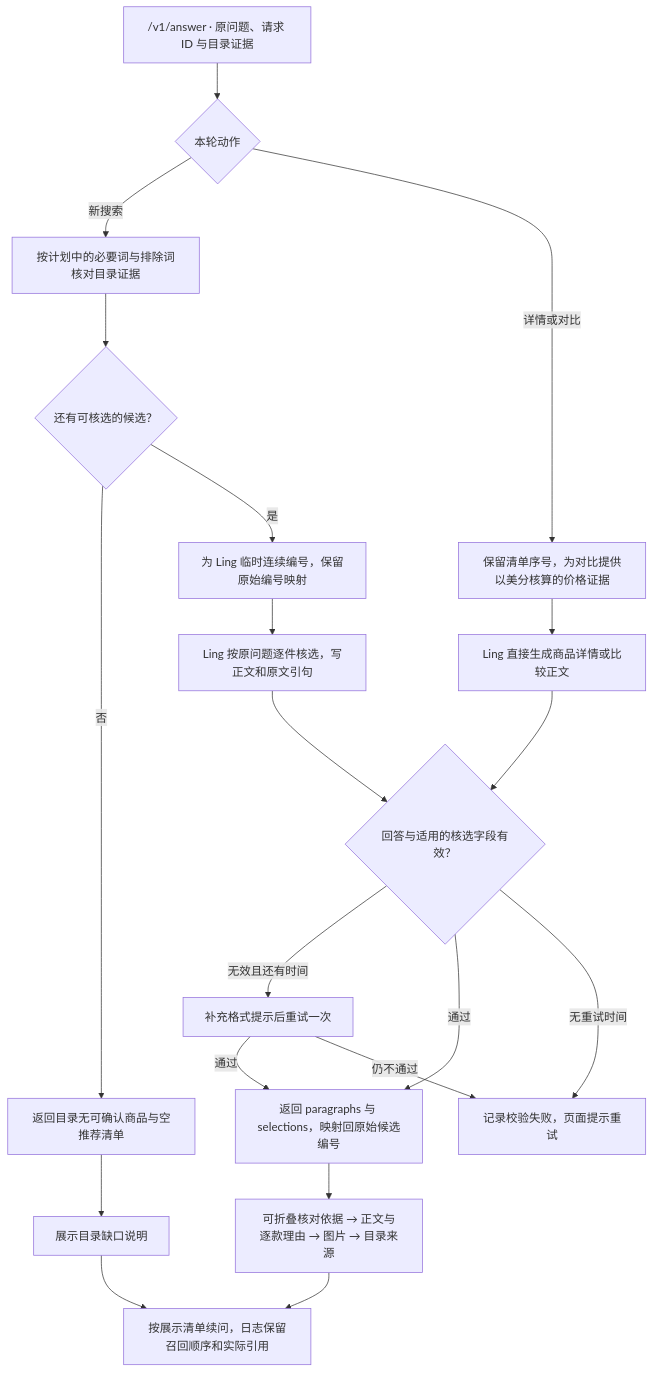
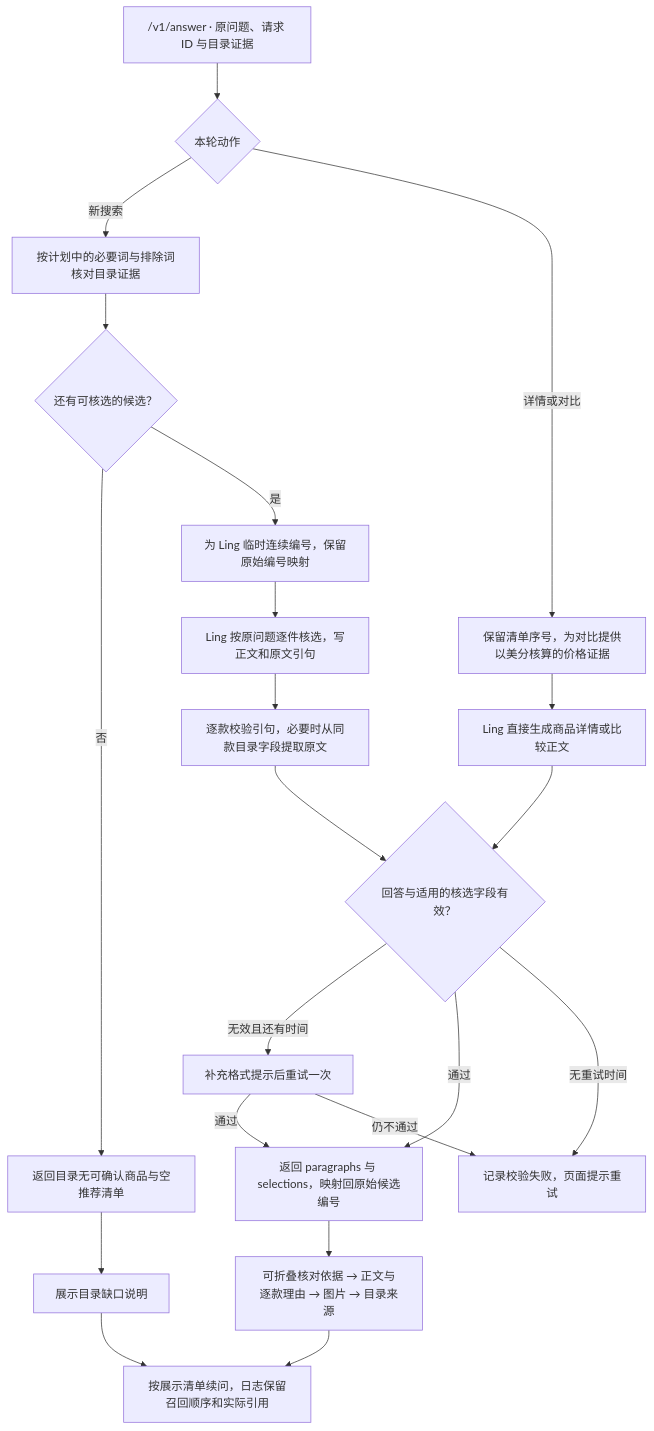
One commit to AaronYue77/webshop-ling-rag changed the third of 4 diagrams in docs/ARCHITECTURE.md. Above: the diagram before and after it, drawn with Mermaid. The commit also changed 5 other files, not shown here.

````diff
--- a/docs/ARCHITECTURE.md
+++ b/docs/ARCHITECTURE.md
@@ -81,22 +81,23 @@
 ```mermaid
 flowchart TD
   RECEIVE["/v1/answer · 原问题、请求 ID 与目录证据"] --> ACTION{"本轮动作"}
   ACTION -->|新搜索| VERIFY["按计划中的必要词与排除词核对目录证据"]
   VERIFY --> ELIGIBLE{"还有可核选的候选？"}
   ELIGIBLE -->|否| EMPTY["返回目录无可确认商品与空推荐清单"]
   ELIGIBLE -->|是| RENUMBER["为 Ling 临时连续编号，保留原始编号映射"]
   RENUMBER --> SELECT["Ling 按原问题逐件核选，写正文和原文引句"]
   ACTION -->|详情或对比| EVIDENCE["保留清单序号，为对比提供以美分核算的价格证据"]
   EVIDENCE --> DESCRIBE["Ling 直接生成商品详情或比较正文"]
-  SELECT --> VALIDATE{"回答与适用的核选字段有效？"}
+  SELECT --> CITE["逐款校验引句，必要时从同款目录字段提取原文"]
+  CITE --> VALIDATE{"回答与适用的核选字段有效？"}
   DESCRIBE --> VALIDATE
   VALIDATE -->|无效且还有时间| REGEN["补充格式提示后重试一次"]
   REGEN -->|通过| RETURN["返回 paragraphs 与 selections，映射回原始候选编号"]
   VALIDATE -->|通过| RETURN
   REGEN -->|仍不通过| ERROR["记录校验失败，页面提示重试"]
   VALIDATE -->|无重试时间| ERROR
   RETURN --> SHOW["可折叠核对依据 → 正文与逐款理由 → 图片 → 目录来源"]
   EMPTY --> SHOWEMPTY["展示目录缺口说明"]
   SHOW --> HISTORY["按展示清单续问，日志保留召回顺序和实际引用"]
   SHOWEMPTY --> HISTORY
 ```
````
